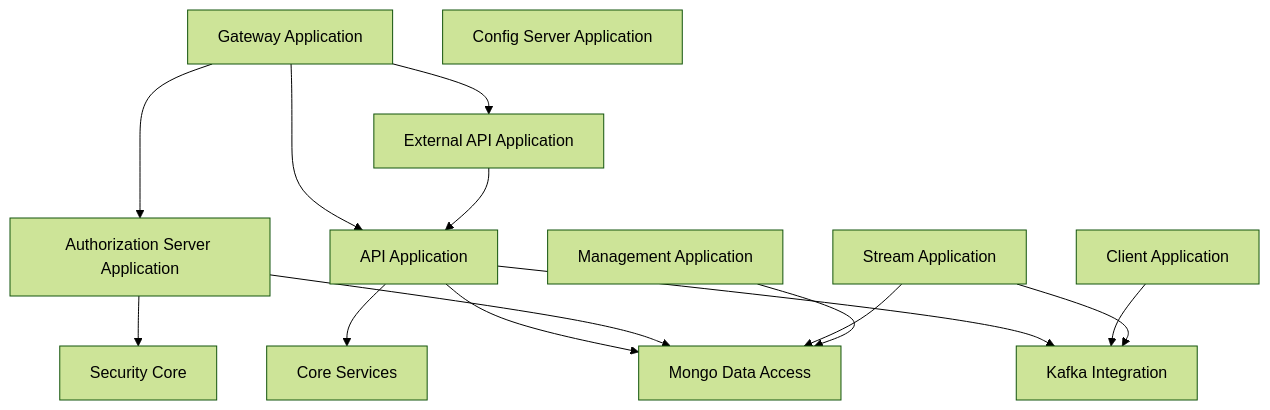
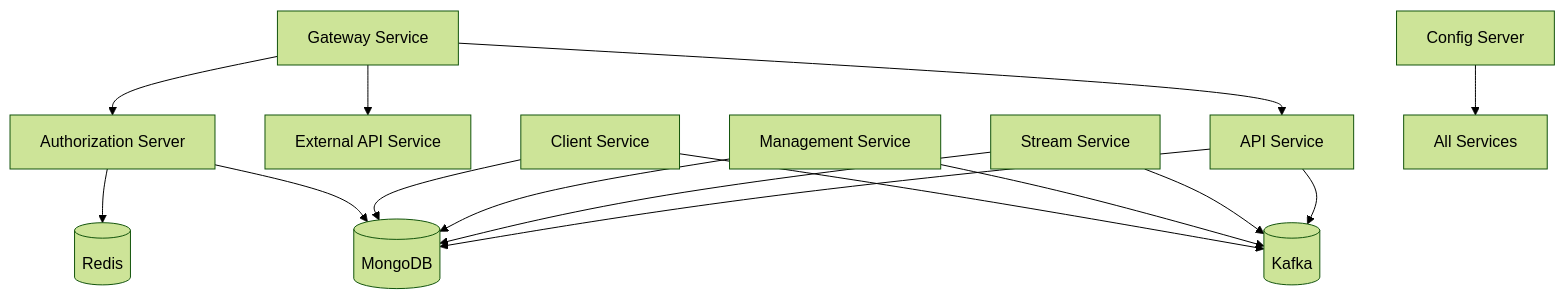
Before and after one commit to Praesto-Pro/openframe-oss-tenant: the first of 2 diagrams in docs/architecture/service-applications/service-applications.md, drawn with Mermaid (forest theme). The commit also changed other lines of this file and 214 other files, not shown here.

````diff
--- a/docs/architecture/service-applications/service-applications.md
+++ b/docs/architecture/service-applications/service-applications.md
@@ -20,22 +18,23 @@
 ```mermaid
 flowchart TD
-    Gateway["Gateway Application"] --> API["API Application"]
-    Gateway --> ExternalAPI["External API Application"]
-    Gateway --> AuthZ["Authorization Server Application"]
+    Gateway["Gateway Service"] --> API["API Service"]
+    Gateway --> ExternalAPI["External API Service"]
+    Gateway --> Auth["Authorization Server"]
 
-    API --> Mongo["Mongo Data Access"]
-    API --> Kafka["Kafka Integration"]
-    API --> Core["Core Services"]
+    API --> Mongo[("MongoDB")]
+    API --> Kafka[("Kafka")]
 
-    ExternalAPI --> API
-
-    AuthZ --> Mongo
-    AuthZ --> Security["Security Core"]
-
-    Client["Client Application"] --> Kafka
-    Stream["Stream Application"] --> Kafka
+    Stream["Stream Service"] --> Kafka
     Stream --> Mongo
 
-    Management["Management Application"] --> Mongo
-    Config["Config Server Application"]
+    Management["Management Service"] --> Mongo
+    Management --> Kafka
+
+    Client["Client Service"] --> Kafka
+    Client --> Mongo
+
+    Auth --> Mongo
+    Auth --> Redis[("Redis")]
+
+    Config["Config Server"] --> Services["All Services"]
 ```
````
